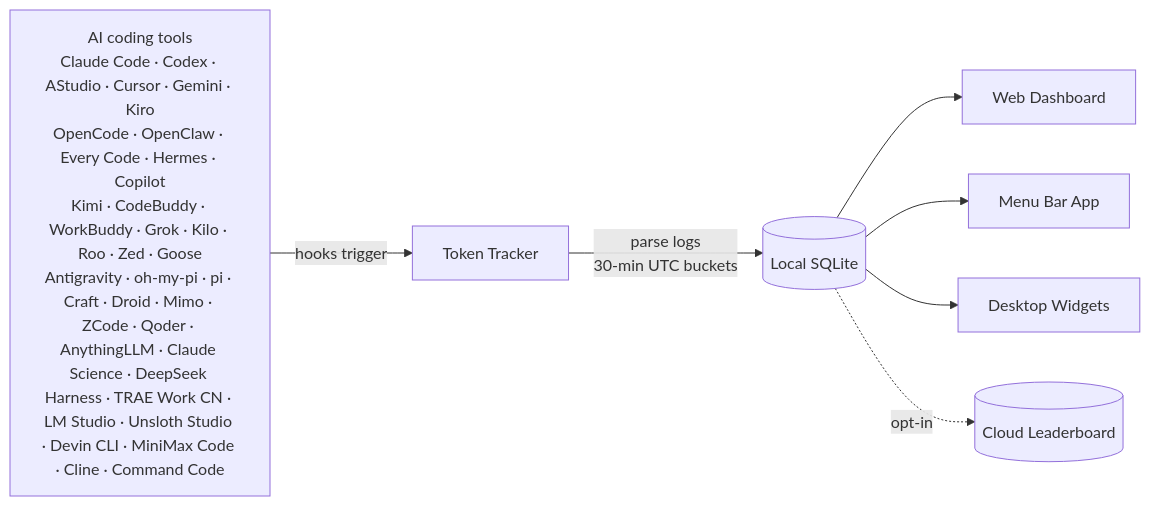
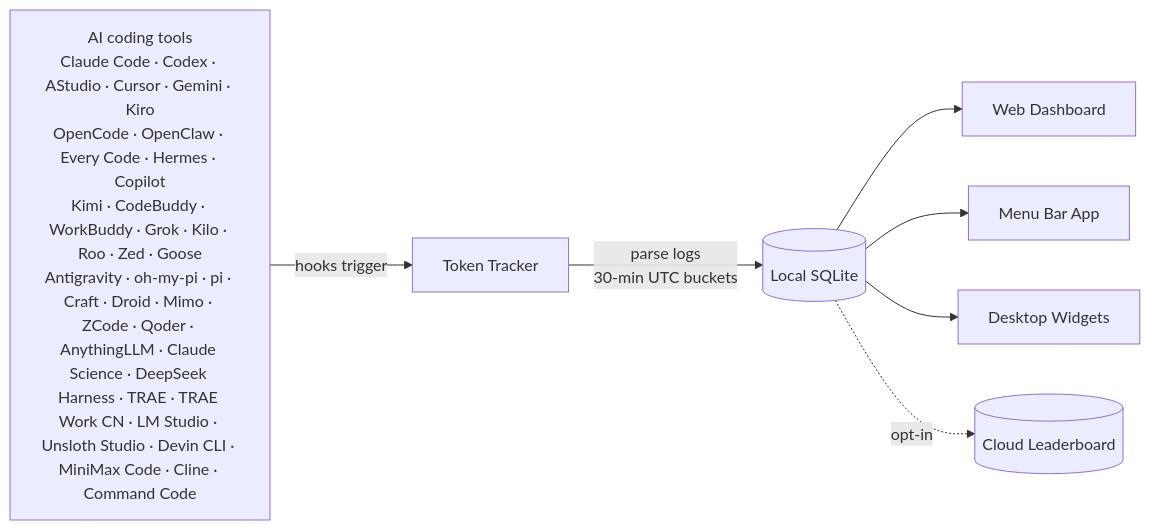
The diagram in README.ja.md (Aclguh/TokenTracker), drawn with Mermaid before and after one commit. The commit also changed other lines of this file and 50 other files, not shown here.

````diff
--- a/README.ja.md
+++ b/README.ja.md
@@ -245,10 +246,10 @@
 ```mermaid
 flowchart LR
-    A["AI coding tools<br/>Claude Code · Codex · AStudio · Cursor · Gemini · Kiro<br/>OpenCode · OpenClaw · Every Code · Hermes · Copilot<br/>Kimi · CodeBuddy · WorkBuddy · Grok · Kilo · Roo · Zed · Goose<br/>Antigravity · oh-my-pi · pi · Craft · Droid · Mimo · ZCode · Qoder · AnythingLLM · Claude Science · DeepSeek Harness · TRAE Work CN · LM Studio · Unsloth Studio · Devin CLI · MiniMax Code · Cline · Command Code"]
+    A["AI coding tools<br/>Claude Code · Codex · AStudio · Cursor · Gemini · Kiro<br/>OpenCode · OpenClaw · Every Code · Hermes · Copilot<br/>Kimi · CodeBuddy · WorkBuddy · Grok · Kilo · Roo · Zed · Goose<br/>Antigravity · oh-my-pi · pi · Craft · Droid · Mimo · ZCode · Qoder · AnythingLLM · Claude Science · DeepSeek Harness · TRAE · TRAE Work CN · LM Studio · Unsloth Studio · Devin CLI · MiniMax Code · Cline · Command Code"]
     A -->|hooks trigger| B[Token Tracker]
     B -->|parse logs<br/>30-min UTC buckets| C[(Local SQLite)]
     C --> D[Web Dashboard]
     C --> E[Menu Bar App]
     C --> F[Desktop Widgets]
     C -.->|opt-in| G[(Cloud Leaderboard)]
 ```
````
